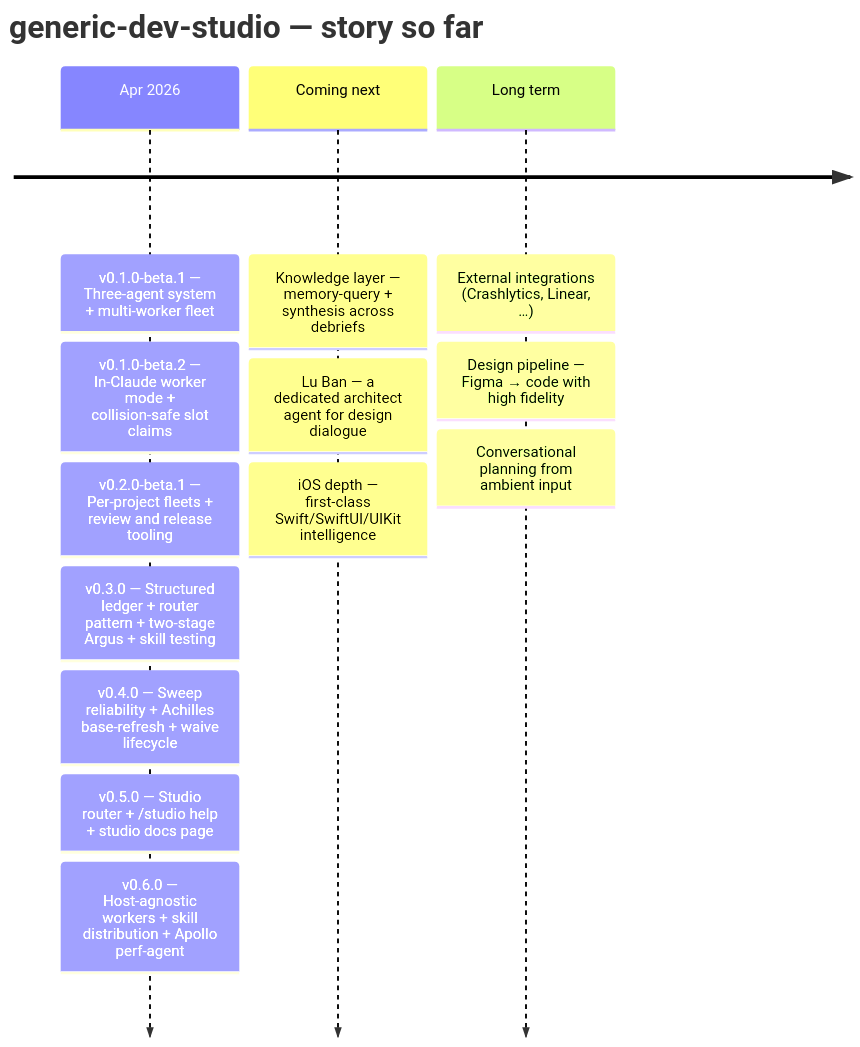
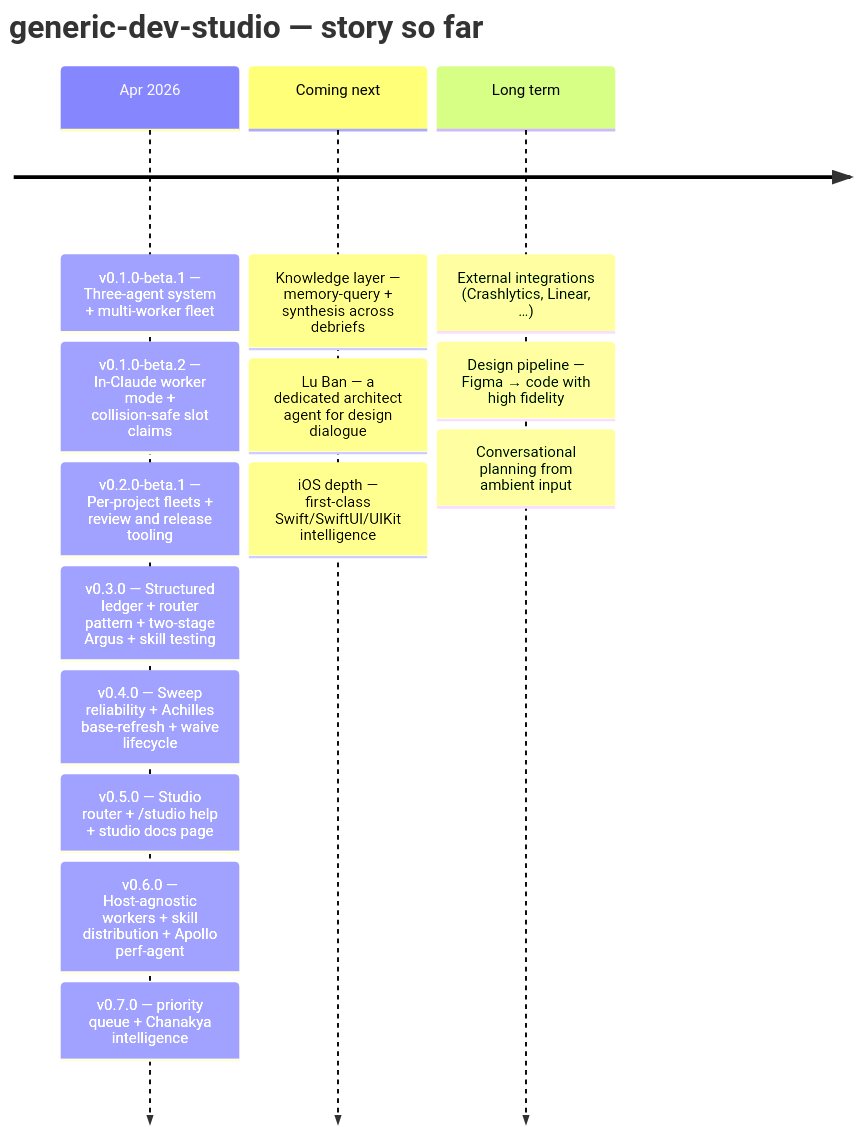
The diagram in README.md (v-i-s-h-a-l/generic-dev-studio), drawn with Mermaid before and after one commit. The commit also changed other lines of this file and 2 other files, not shown here.

Commit message:
README: v0.7.0 timeline + Story so far update

````diff
--- a/README.md
+++ b/README.md
@@ -13,17 +13,18 @@
 ```mermaid
 timeline
     title generic-dev-studio — story so far
     Apr 2026 : v0.1.0-beta.1 — Three-agent system + multi-worker fleet
              : v0.1.0-beta.2 — In-Claude worker mode + collision-safe slot claims
              : v0.2.0-beta.1 — Per-project fleets + review and release tooling
              : v0.3.0 — Structured ledger + router pattern + two-stage Argus + skill testing
              : v0.4.0 — Sweep reliability + Achilles base-refresh + waive lifecycle
              : v0.5.0 — Studio router + /studio help + studio docs page
              : v0.6.0 — Host-agnostic workers + skill distribution + Apollo perf-agent
+             : v0.7.0 — priority queue + Chanakya intelligence
     Coming next : Knowledge layer — memory-query + synthesis across debriefs
                 : Lu Ban — a dedicated architect agent for design dialogue
                 : iOS depth — first-class Swift/SwiftUI/UIKit intelligence
     Long term : External integrations (Crashlytics, Linear, …)
               : Design pipeline — Figma → code with high fidelity
               : Conversational planning from ambient input
 ```
````
